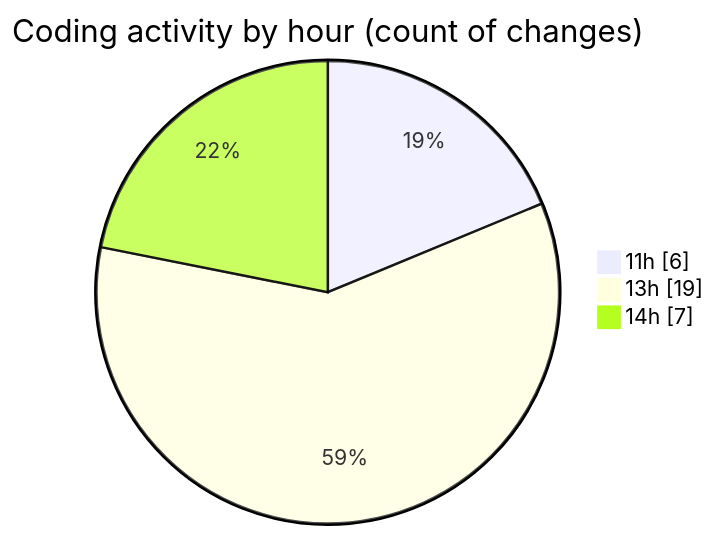
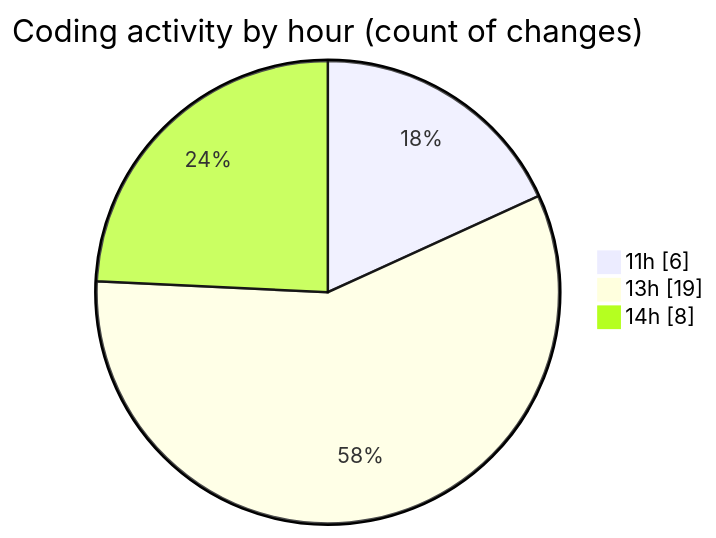
The second of 2 diagrams in 2025-04-24/enre_-_calculadora_de_consumo_v_2022_files/README.md (LanceThiago/code-tracking), drawn with Mermaid before and after one commit. The commit also changed other lines of this file and 1 other file, not shown here.

````diff
--- a/2025-04-24/enre_-_calculadora_de_consumo_v_2022_files/README.md
+++ b/2025-04-24/enre_-_calculadora_de_consumo_v_2022_files/README.md
@@ -34,7 +34,7 @@
 ```mermaid
 pie showData
 title Coding activity by hour (count of changes)
 "11h" : 6
 "13h" : 19
-"14h" : 7
+"14h" : 8
 ```
````
